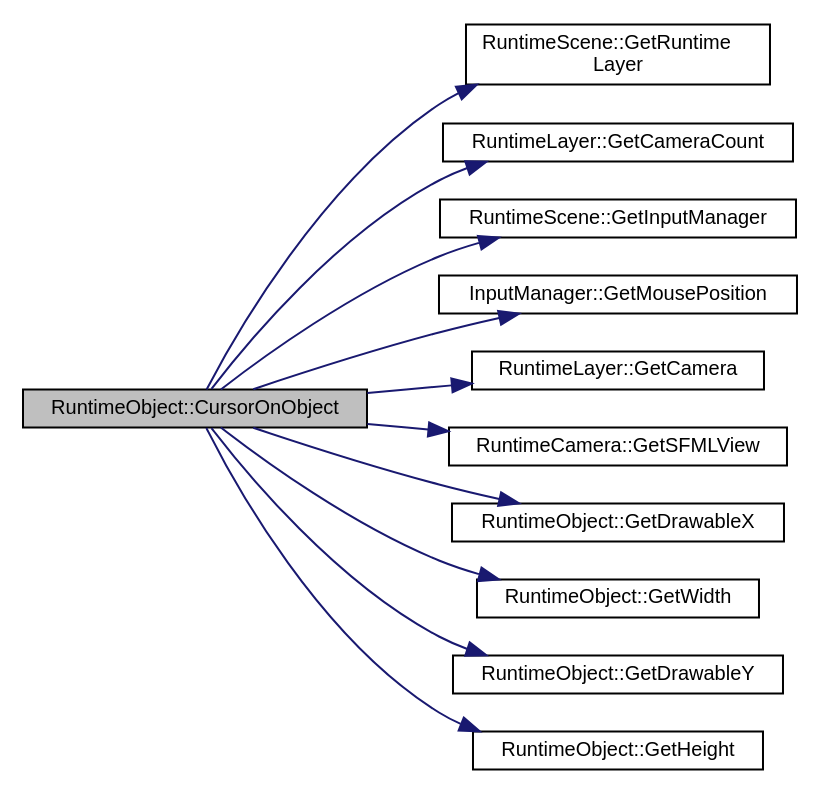
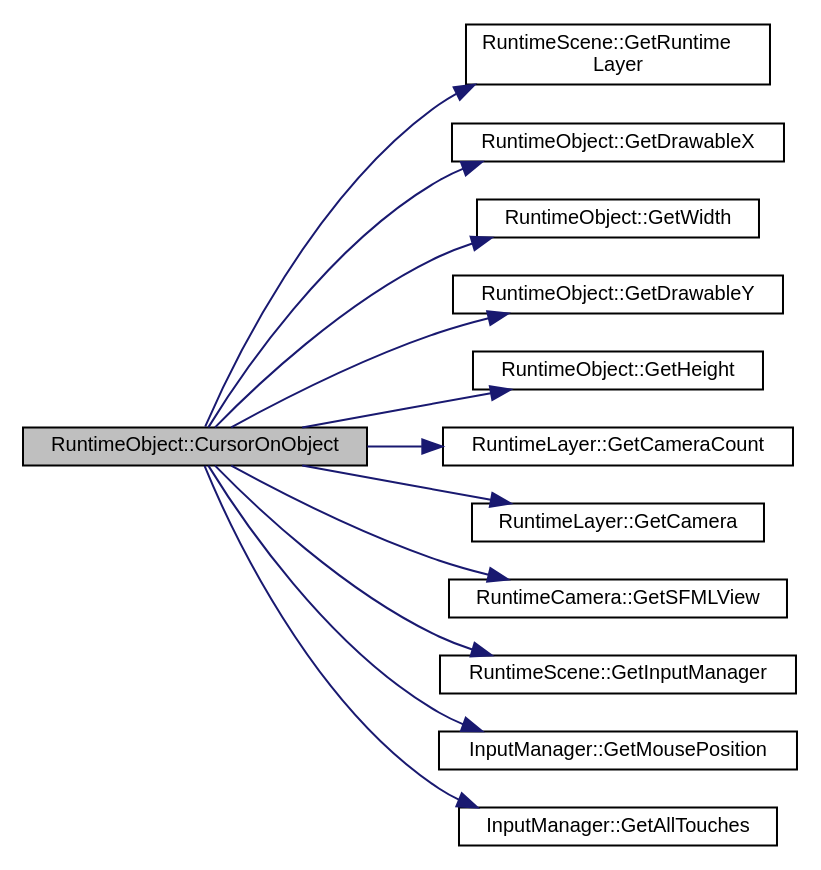
Before and after one commit to 4ian/GDevelop-documentation: the diagram in GDCpp Documentation/d0/d3b/class_runtime_object_aa55430a8b445c116a8bb69714e5fa082_cgraph.dot, drawn with Graphviz. The commit also changed 2201 other files, not shown here.

```diff
--- a/GDCpp Documentation/d0/d3b/class_runtime_object_aa55430a8b445c116a8bb69714e5fa082_cgraph.dot
+++ b/GDCpp Documentation/d0/d3b/class_runtime_object_aa55430a8b445c116a8bb69714e5fa082_cgraph.dot
@@ -1,27 +1,29 @@
 digraph "RuntimeObject::CursorOnObject"
 {
   edge [fontname="Helvetica",fontsize="10",labelfontname="Helvetica",labelfontsize="10"];
   node [fontname="Helvetica",fontsize="10",shape=record];
   rankdir="LR";
   Node1 [label="RuntimeObject::CursorOnObject",height=0.2,width=0.4,color="black", fillcolor="grey75", style="filled", fontcolor="black"];
   Node1 -> Node2 [color="midnightblue",fontsize="10",style="solid",fontname="Helvetica"];
-  Node2 [label="RuntimeScene::GetRuntime\lLayer",height=0.2,width=0.4,color="black", fillcolor="white", style="filled",URL="$d7/d7f/class_runtime_scene.html#a8b4b04e0497b8df17f3ec5c22daca6a0"];
+  Node2 [label="RuntimeScene::GetRuntime\lLayer",height=0.2,width=0.4,color="black", fillcolor="white", style="filled",URL="$d7/d7f/class_runtime_scene.html#ae39197ac44c1d7d6b82dad580a568638"];
   Node1 -> Node3 [color="midnightblue",fontsize="10",style="solid",fontname="Helvetica"];
-  Node3 [label="RuntimeLayer::GetCameraCount",height=0.2,width=0.4,color="black", fillcolor="white", style="filled",URL="$dd/daf/class_runtime_layer.html#a5fdd64ebb8250cf557200c5fd0c61056"];
+  Node3 [label="RuntimeObject::GetDrawableX",height=0.2,width=0.4,color="black", fillcolor="white", style="filled",URL="$d0/d3b/class_runtime_object.html#a17b73543542ffcde5074097288df6b33",tooltip="Get the real X position where is renderer the object. "];
   Node1 -> Node4 [color="midnightblue",fontsize="10",style="solid",fontname="Helvetica"];
-  Node4 [label="RuntimeScene::GetInputManager",height=0.2,width=0.4,color="black", fillcolor="white", style="filled",URL="$d7/d7f/class_runtime_scene.html#aba5d09d5f9bfbf63b6e353947d937020",tooltip="Get the input manager used to handle mouse, keyboard and touches events. "];
+  Node4 [label="RuntimeObject::GetWidth",height=0.2,width=0.4,color="black", fillcolor="white", style="filled",URL="$d0/d3b/class_runtime_object.html#ab7f45e473387e34cfe121e2b772d0649",tooltip="Get the width of the object, in pixels. "];
   Node1 -> Node5 [color="midnightblue",fontsize="10",style="solid",fontname="Helvetica"];
-  Node5 [label="InputManager::GetMousePosition",height=0.2,width=0.4,color="black", fillcolor="white", style="filled",URL="$df/dd1/class_input_manager.html#a1a8a4e910de8ccc5614df6f5fd8a2d19",tooltip="Return the position of the mouse, in window coordinates. "];
+  Node5 [label="RuntimeObject::GetDrawableY",height=0.2,width=0.4,color="black", fillcolor="white", style="filled",URL="$d0/d3b/class_runtime_object.html#af4b35cb33489286ddb225ad2885f7c99",tooltip="Get the real Y position where is renderer the object. "];
   Node1 -> Node6 [color="midnightblue",fontsize="10",style="solid",fontname="Helvetica"];
-  Node6 [label="RuntimeLayer::GetCamera",height=0.2,width=0.4,color="black", fillcolor="white", style="filled",URL="$dd/daf/class_runtime_layer.html#ae3039fcc787913f60344e64ea71d36f3"];
+  Node6 [label="RuntimeObject::GetHeight",height=0.2,width=0.4,color="black", fillcolor="white", style="filled",URL="$d0/d3b/class_runtime_object.html#a9fdc8ed08039f5c2cd692e9c22e26e9b",tooltip="Get the height of the object, in pixels. "];
   Node1 -> Node7 [color="midnightblue",fontsize="10",style="solid",fontname="Helvetica"];
-  Node7 [label="RuntimeCamera::GetSFMLView",height=0.2,width=0.4,color="black", fillcolor="white", style="filled",URL="$d4/d47/class_runtime_camera.html#afe64393c6deb05ecf0851dd4100aa9e8"];
+  Node7 [label="RuntimeLayer::GetCameraCount",height=0.2,width=0.4,color="black", fillcolor="white", style="filled",URL="$dd/daf/class_runtime_layer.html#a9794309236f09a1ef274786d6bcae126"];
   Node1 -> Node8 [color="midnightblue",fontsize="10",style="solid",fontname="Helvetica"];
-  Node8 [label="RuntimeObject::GetDrawableX",height=0.2,width=0.4,color="black", fillcolor="white", style="filled",URL="$d0/d3b/class_runtime_object.html#a17b73543542ffcde5074097288df6b33",tooltip="Get the real X position where is renderer the object. "];
+  Node8 [label="RuntimeLayer::GetCamera",height=0.2,width=0.4,color="black", fillcolor="white", style="filled",URL="$dd/daf/class_runtime_layer.html#a8796c323fe385223b7f7a1266e09d9a4"];
   Node1 -> Node9 [color="midnightblue",fontsize="10",style="solid",fontname="Helvetica"];
-  Node9 [label="RuntimeObject::GetWidth",height=0.2,width=0.4,color="black", fillcolor="white", style="filled",URL="$d0/d3b/class_runtime_object.html#ab7f45e473387e34cfe121e2b772d0649",tooltip="Get the width of the object, in pixels. "];
+  Node9 [label="RuntimeCamera::GetSFMLView",height=0.2,width=0.4,color="black", fillcolor="white", style="filled",URL="$d4/d47/class_runtime_camera.html#afe64393c6deb05ecf0851dd4100aa9e8"];
   Node1 -> Node10 [color="midnightblue",fontsize="10",style="solid",fontname="Helvetica"];
-  Node10 [label="RuntimeObject::GetDrawableY",height=0.2,width=0.4,color="black", fillcolor="white", style="filled",URL="$d0/d3b/class_runtime_object.html#af4b35cb33489286ddb225ad2885f7c99",tooltip="Get the real Y position where is renderer the object. "];
+  Node10 [label="RuntimeScene::GetInputManager",height=0.2,width=0.4,color="black", fillcolor="white", style="filled",URL="$d7/d7f/class_runtime_scene.html#aba5d09d5f9bfbf63b6e353947d937020",tooltip="Get the input manager used to handle mouse, keyboard and touches events. "];
   Node1 -> Node11 [color="midnightblue",fontsize="10",style="solid",fontname="Helvetica"];
-  Node11 [label="RuntimeObject::GetHeight",height=0.2,width=0.4,color="black", fillcolor="white", style="filled",URL="$d0/d3b/class_runtime_object.html#a9fdc8ed08039f5c2cd692e9c22e26e9b",tooltip="Get the height of the object, in pixels. "];
+  Node11 [label="InputManager::GetMousePosition",height=0.2,width=0.4,color="black", fillcolor="white", style="filled",URL="$df/dd1/class_input_manager.html#a1a8a4e910de8ccc5614df6f5fd8a2d19",tooltip="Return the position of the mouse, in window coordinates. "];
+  Node1 -> Node12 [color="midnightblue",fontsize="10",style="solid",fontname="Helvetica"];
+  Node12 [label="InputManager::GetAllTouches",height=0.2,width=0.4,color="black", fillcolor="white", style="filled",URL="$df/dd1/class_input_manager.html#a5f4e9319fc684eedf85ccceb4081f4fd",tooltip="Get all touches being made on the screen, along with their coordinates. "];
 }
```
